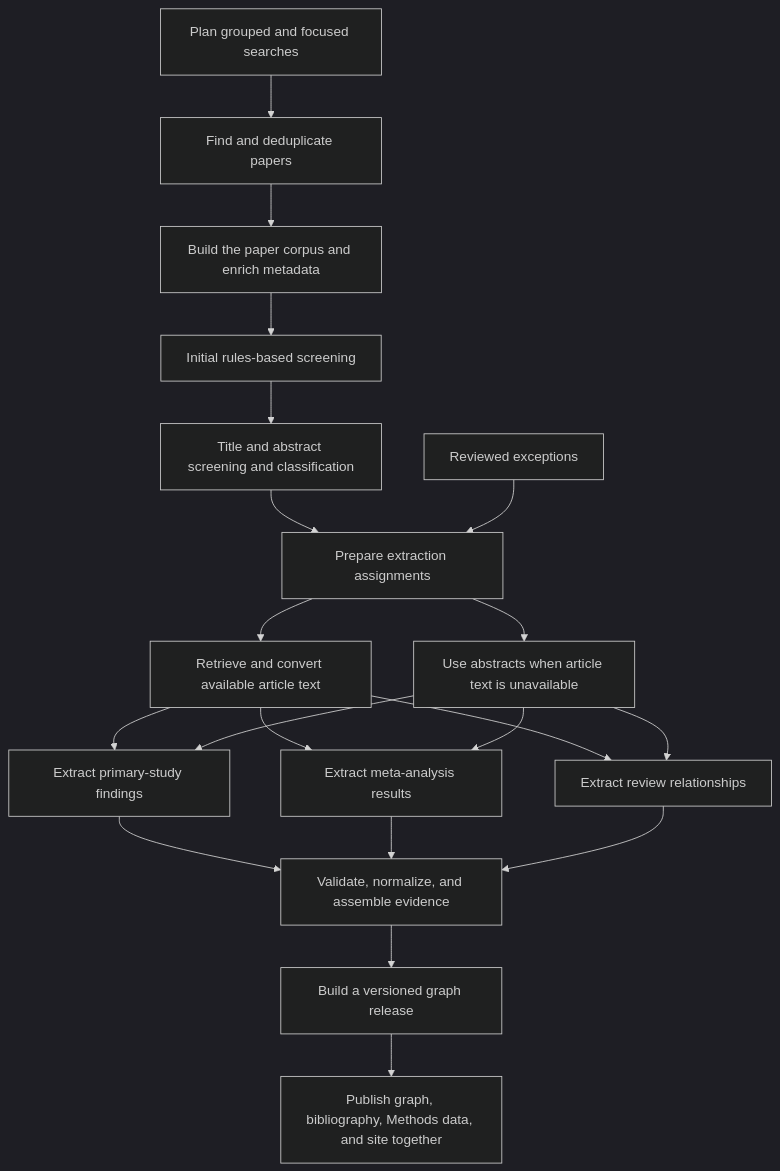
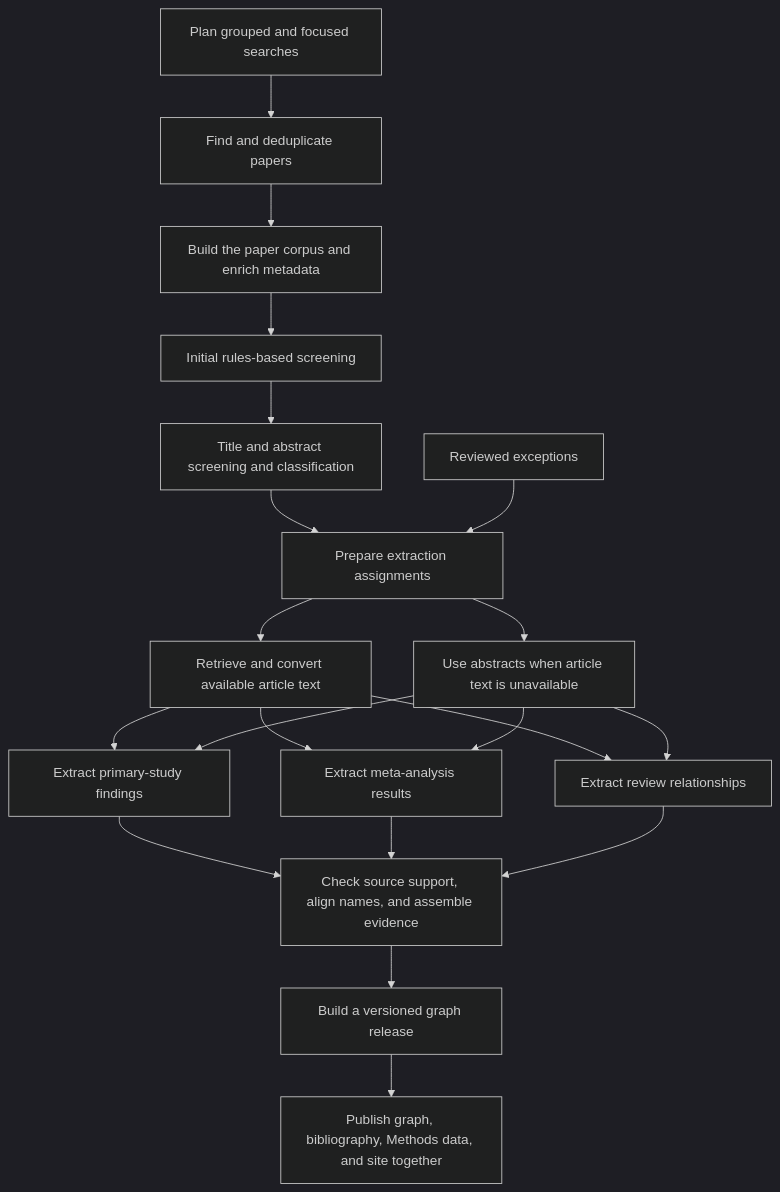
Before and after one commit to povilaskarvelis/psychedelics_knowledge_graph: the diagram in pipeline/README.md, drawn with Mermaid (dark theme). The commit also changed other lines of this file and 69 other files, not shown here.

Commit message:
Update knowledge graph content and generated outputs

````diff
--- a/pipeline/README.md
+++ b/pipeline/README.md
@@ -18,22 +14,22 @@
 ```mermaid
 flowchart TD
   A["Plan grouped and focused searches"] --> B["Find and deduplicate papers"]
   B --> C["Build the paper corpus and enrich metadata"]
   C --> D["Initial rules-based screening"]
   D --> E["Title and abstract screening and classification"]
   E --> F["Prepare extraction assignments"]
   G["Reviewed exceptions"] --> F
   F --> H["Retrieve and convert available article text"]
   F --> I["Use abstracts when article text is unavailable"]
   H --> J["Extract primary-study findings"]
   H --> K["Extract meta-analysis results"]
   H --> L["Extract review relationships"]
   I --> J
   I --> K
   I --> L
-  J --> M["Validate, normalize, and assemble evidence"]
+  J --> M["Check source support, align names, and assemble evidence"]
   K --> M
   L --> M
   M --> N["Build a versioned graph release"]
   N --> O["Publish graph, bibliography, Methods data, and site together"]
 ```
````
